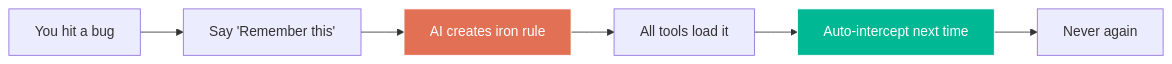
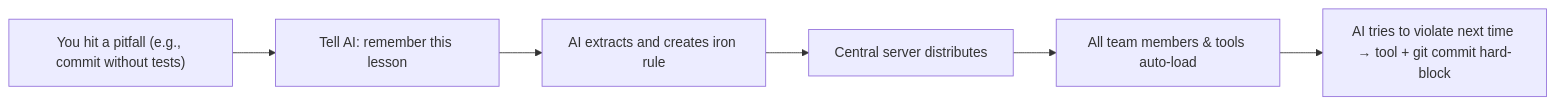
One commit to miou1107/ownmind changed the diagram in README.md. Above: the diagram before and after it, drawn with Mermaid. The commit also changed other lines of this file and 2 other files, not shown here.

````diff
--- a/README.md
+++ b/README.md
@@ -84,11 +72,8 @@
 ```mermaid
 graph LR
-    A["You hit a bug"] --> B["Say 'Remember this'"]
-    B --> C["AI creates iron rule"]
-    C --> D["All tools load it"]
-    D --> E["Auto-intercept next time"]
-    E --> F["Never again"]
-
-    style C fill:#E17055,stroke:#fff,color:#fff
-    style E fill:#00B894,stroke:#fff,color:#fff
+    A["You hit a pitfall (e.g., commit without tests)"] --> B["Tell AI: remember this lesson"]
+    B --> C["AI extracts and creates iron rule"]
+    C --> D["Central server distributes"]
+    D --> E["All team members & tools auto-load"]
+    E --> F["AI tries to violate next time → tool + git commit hard-block"]
 ```
````
